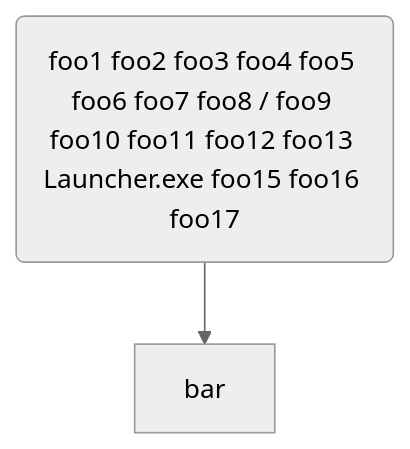
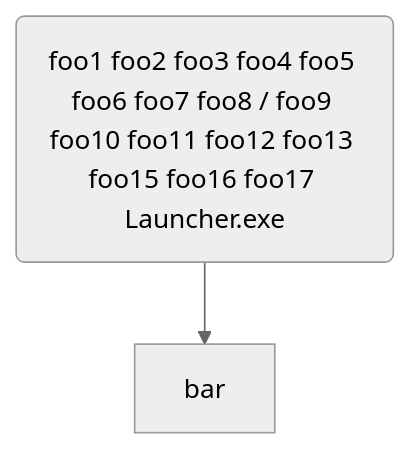
Before and after one commit to funjobie/OpenSwordArtsVR: diagram 16 of 16 in sandbox/MerMaid_diagram_integration.md, drawn with Mermaid (neutral theme). The commit also changed other lines of this file, not shown here.

Commit message:
refine troubleshooting example

````diff
--- a/sandbox/MerMaid_diagram_integration.md
+++ b/sandbox/MerMaid_diagram_integration.md
@@ -205,4 +205,4 @@
 ```mermaid
 flowchart TD
-    foo(foo1 foo2 foo3 foo4 foo5 foo6 foo7 foo8 / foo9 foo10 foo11 foo12 foo13 Launcher.exe foo15 foo16 foo17) --> bar
+    foo(foo1 foo2 foo3 foo4 foo5 foo6 foo7 foo8 / foo9 foo10 foo11 foo12 foo13 foo15 foo16 foo17 Launcher.exe) --> bar
 ```
````
